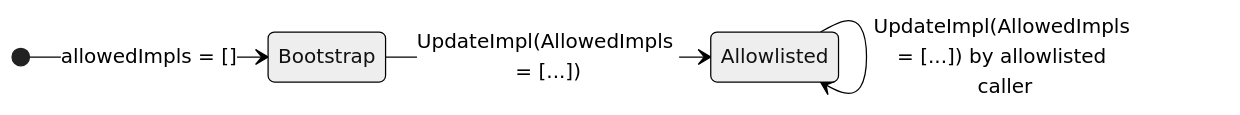
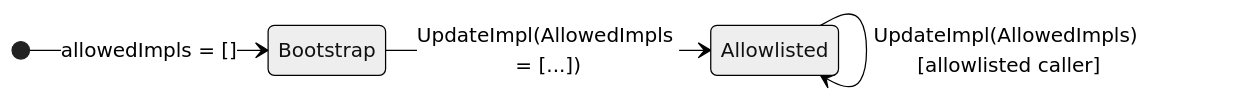
Before and after one commit to onbloc/gno-ibc: the diagram in docs/specs/zkgm-v1/proxy-and-impl.md, drawn with Mermaid (neutral theme). The commit also changed 5 other files, not shown here.

Commit message:
docs: refactor spec mermaid diagrams for better visualization

````diff
--- a/docs/specs/zkgm-v1/proxy-and-impl.md
+++ b/docs/specs/zkgm-v1/proxy-and-impl.md
@@ -36,8 +36,8 @@
 ```mermaid
 stateDiagram-v2
   direction LR
   [*] --> Bootstrap: allowedImpls = []
   Bootstrap --> Allowlisted: UpdateImpl(AllowedImpls = [...])
-  Allowlisted --> Allowlisted: UpdateImpl(Impl = new) by allowlisted caller
-  Allowlisted --> Allowlisted: UpdateImpl(AllowedImpls = [...]) by allowlisted caller
+  Allowlisted --> Allowlisted: UpdateImpl(Impl) [allowlisted caller]
+  Allowlisted --> Allowlisted: UpdateImpl(AllowedImpls) [allowlisted caller]
 ```
````
